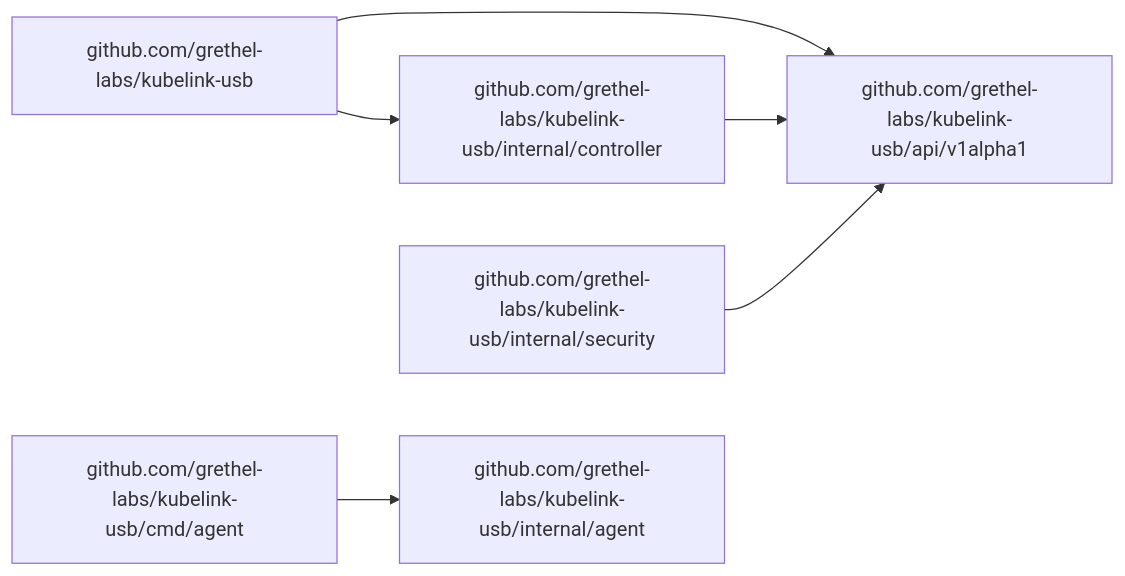
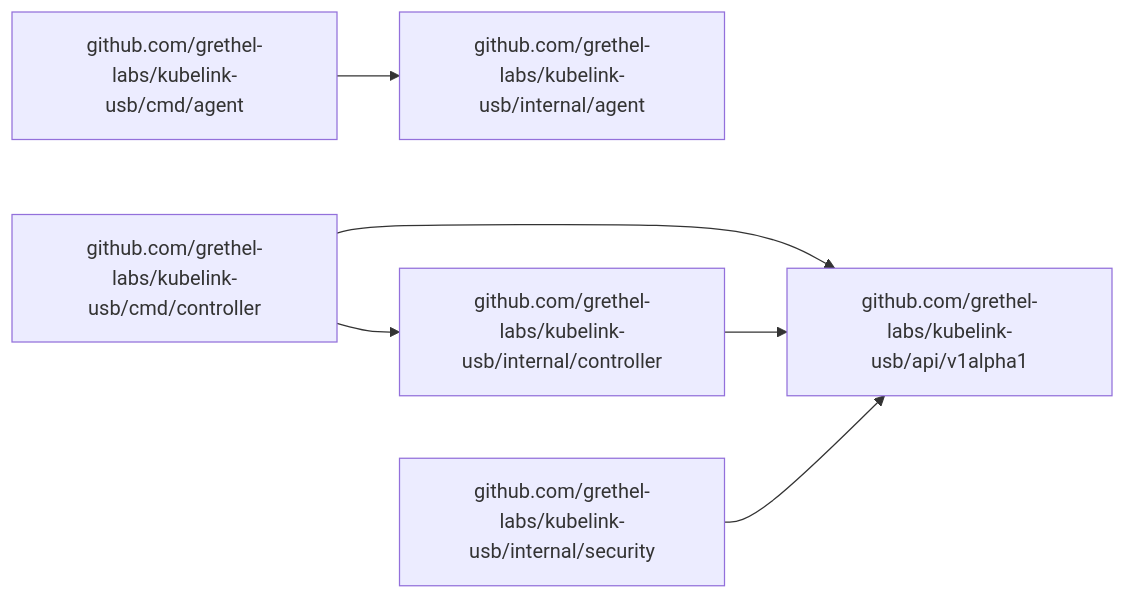
The first of 3 diagrams in docs/CODE_REFERENCE.md (grethel-labs/kubelink-usb), drawn with Mermaid before and after one commit. The commit also changed other lines of this file, not shown here.

Commit message:
docs: regenerate CODE_REFERENCE.md to match current package structure
The docs-check CI job failed because CODE_REFERENCE.md was stale.
Running `make docs` updates the generated package inventory and
dependency diagram to reflect the current Go module layout (root
package and pkg/api were removed in an earlier consolidation).

Agent-Logs-Url: https://github.com/grethel-labs/kubelink-usb/sessions/a23158f1-f271-457d-95d8-d42f4343496b

````diff
--- a/docs/CODE_REFERENCE.md
+++ b/docs/CODE_REFERENCE.md
@@ -35,8 +33,8 @@
 ```mermaid
 flowchart LR
-    github_com_grethel_labs_kubelink_usb["github.com/grethel-labs/kubelink-usb"] --> github_com_grethel_labs_kubelink_usb_api_v1alpha1["github.com/grethel-labs/kubelink-usb/api/v1alpha1"]
-    github_com_grethel_labs_kubelink_usb["github.com/grethel-labs/kubelink-usb"] --> github_com_grethel_labs_kubelink_usb_internal_controller["github.com/grethel-labs/kubelink-usb/internal/controller"]
     github_com_grethel_labs_kubelink_usb_cmd_agent["github.com/grethel-labs/kubelink-usb/cmd/agent"] --> github_com_grethel_labs_kubelink_usb_internal_agent["github.com/grethel-labs/kubelink-usb/internal/agent"]
+    github_com_grethel_labs_kubelink_usb_cmd_controller["github.com/grethel-labs/kubelink-usb/cmd/controller"] --> github_com_grethel_labs_kubelink_usb_api_v1alpha1["github.com/grethel-labs/kubelink-usb/api/v1alpha1"]
+    github_com_grethel_labs_kubelink_usb_cmd_controller["github.com/grethel-labs/kubelink-usb/cmd/controller"] --> github_com_grethel_labs_kubelink_usb_internal_controller["github.com/grethel-labs/kubelink-usb/internal/controller"]
     github_com_grethel_labs_kubelink_usb_internal_controller["github.com/grethel-labs/kubelink-usb/internal/controller"] --> github_com_grethel_labs_kubelink_usb_api_v1alpha1["github.com/grethel-labs/kubelink-usb/api/v1alpha1"]
     github_com_grethel_labs_kubelink_usb_internal_security["github.com/grethel-labs/kubelink-usb/internal/security"] --> github_com_grethel_labs_kubelink_usb_api_v1alpha1["github.com/grethel-labs/kubelink-usb/api/v1alpha1"]
 ```
````
